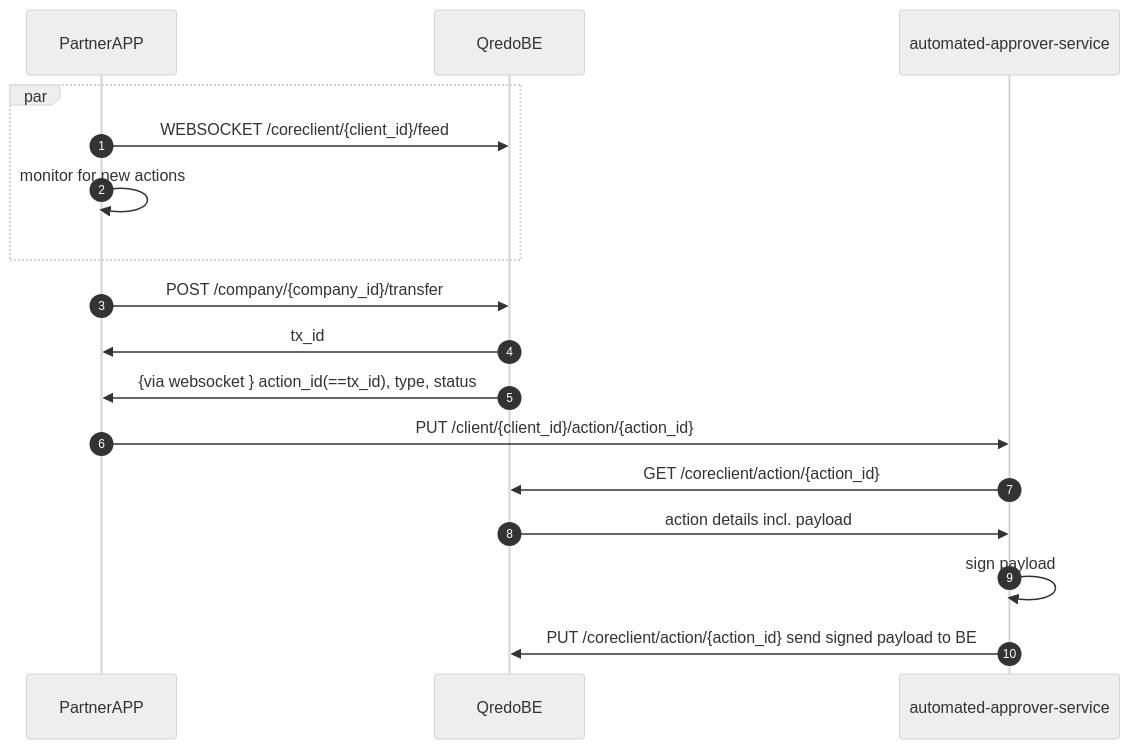
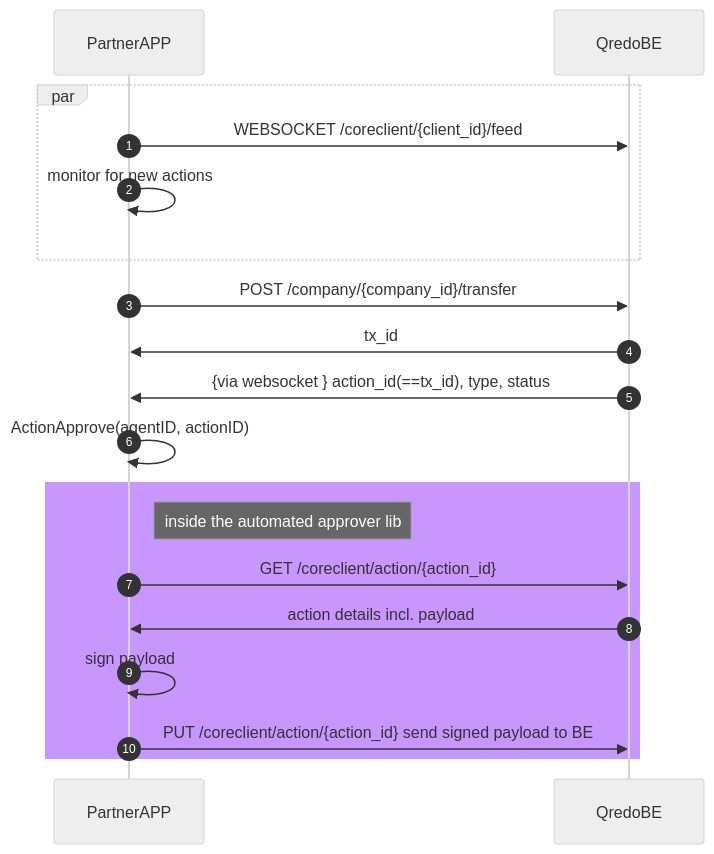
One commit to qredo/signing-agent changed the third of 3 diagrams in doc/usage.md. Above: the diagram before and after it, drawn with Mermaid (neutral theme). The commit also changed other lines of this file and 18 other files, not shown here.

````diff
--- a/doc/usage.md
+++ b/doc/usage.md
@@ -242,17 +113,21 @@
 ```mermaid
 sequenceDiagram
   autonumber
 
   par
   PartnerAPP->>QredoBE: WEBSOCKET /coreclient/{client_id}/feed
   PartnerAPP->>PartnerAPP: monitor for new actions
   end
   PartnerAPP->>QredoBE:POST /company/{company_id}/transfer
   QredoBE->>PartnerAPP: tx_id
   QredoBE->>PartnerAPP: {via websocket } action_id(==tx_id), type, status
-  PartnerAPP->>automated-approver-service: PUT /client/{client_id}/action/{action_id}
-  automated-approver-service->>QredoBE: GET /coreclient/action/{action_id}
-  QredoBE->>automated-approver-service: action details incl. payload
-  automated-approver-service->>automated-approver-service: sign payload
-  automated-approver-service->>QredoBE: PUT /coreclient/action/{action_id} send signed payload to BE
+  PartnerAPP->>PartnerAPP: ActionApprove(agentID, actionID)
+  rect rgb(200, 150, 255)
+  note right of PartnerAPP: inside the automated approver lib
+  PartnerAPP->>QredoBE: GET /coreclient/action/{action_id}
+  QredoBE->>PartnerAPP: action details incl. payload
+  PartnerAPP->>PartnerAPP: sign payload
+  PartnerAPP->>QredoBE: PUT /coreclient/action/{action_id} send signed payload to BE
+  end
+
 ```
````
